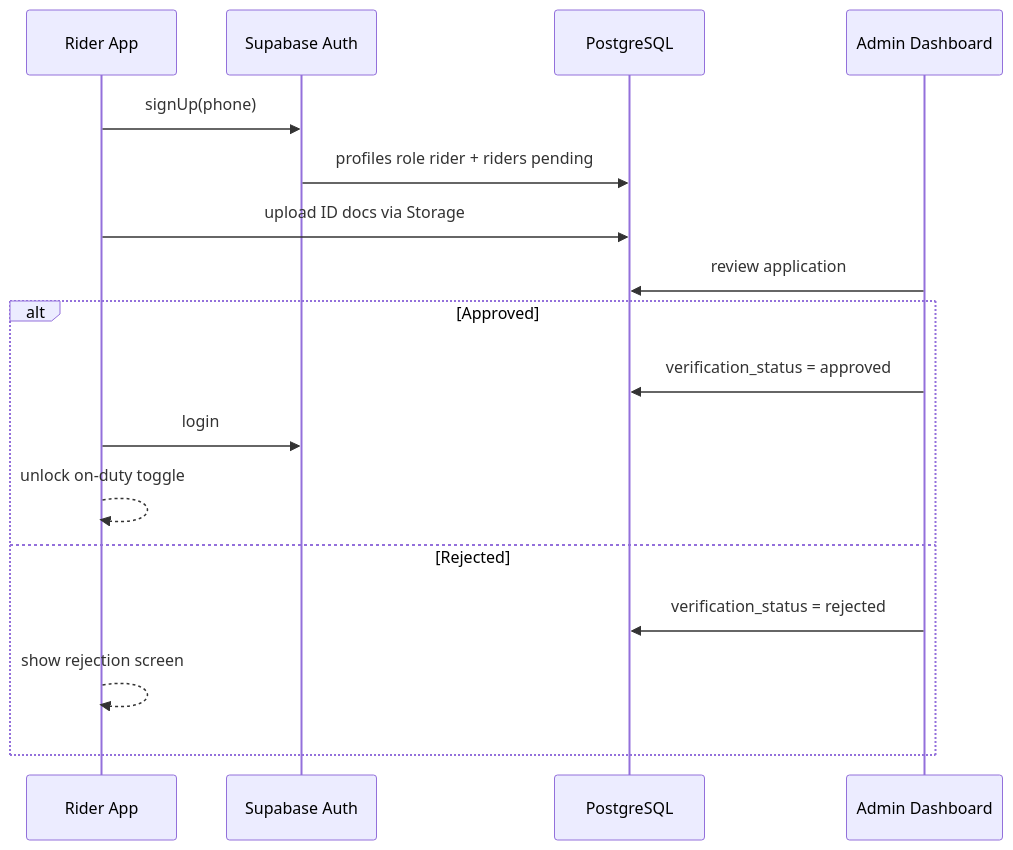
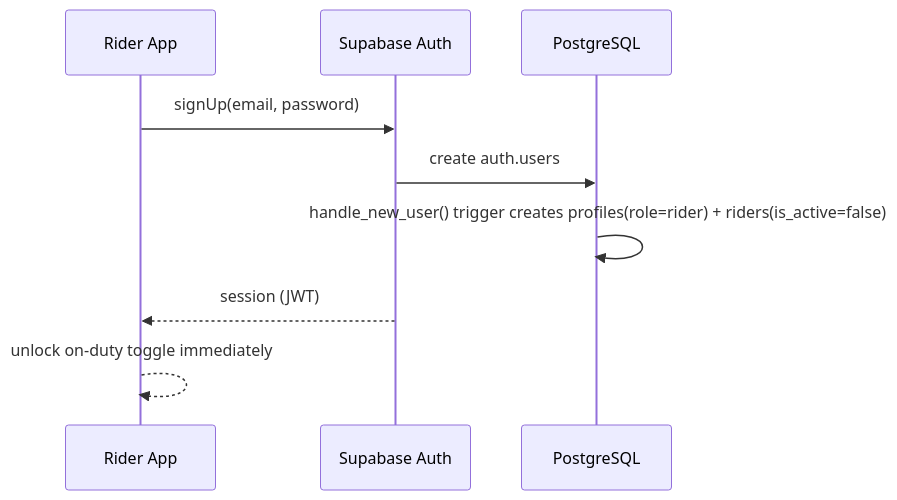
The second of 13 diagrams in docs/breakdown/flows.md (xzen-projects/cartman-ph-docs), drawn with Mermaid before and after one commit. The commit also changed other lines of this file and 3 other files, not shown here.

First line of the commit message:
docs: mirror architecture reconciliation into breakdown docs

````diff
--- a/docs/breakdown/flows.md
+++ b/docs/breakdown/flows.md
@@ -63,20 +65,12 @@
 ```mermaid
 sequenceDiagram
   participant R as Rider App
   participant Auth as Supabase Auth
   participant DB as PostgreSQL
-  participant Admin as Admin Dashboard
 
-  R->>Auth: signUp(phone)
-  Auth->>DB: profiles role rider + riders pending
-  R->>DB: upload ID docs via Storage
-  Admin->>DB: review application
-  alt Approved
-    Admin->>DB: verification_status = approved
-    R->>Auth: login
-    R-->>R: unlock on-duty toggle
-  else Rejected
-    Admin->>DB: verification_status = rejected
-    R-->>R: show rejection screen
-  end
+  R->>Auth: signUp(email, password)
+  Auth->>DB: create auth.users
+  DB->>DB: handle_new_user() trigger creates profiles(role=rider) + riders(is_active=false)
+  Auth-->>R: session (JWT)
+  R-->>R: unlock on-duty toggle immediately
 ```
````
